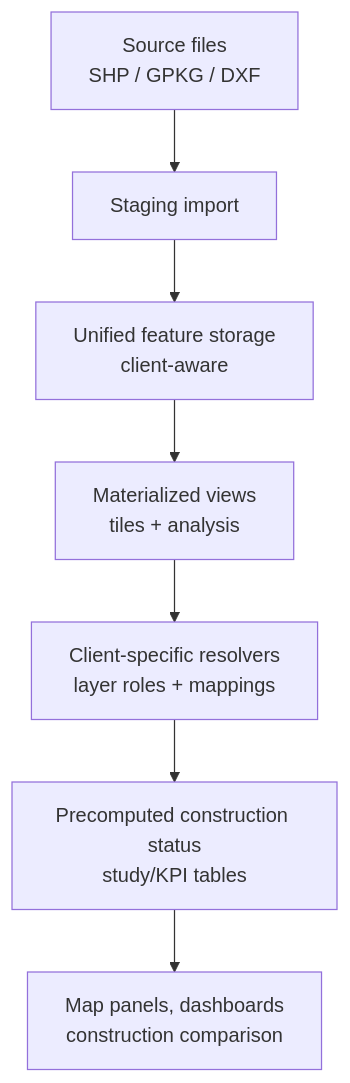
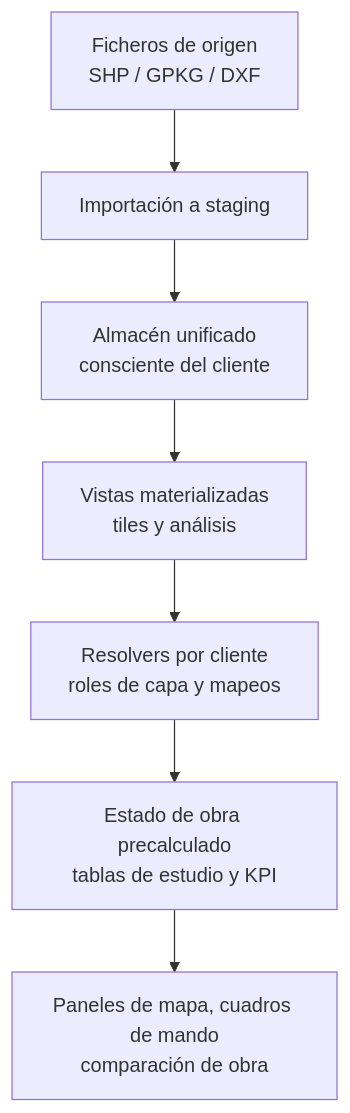
One commit to rabiiie/rsamadi-portfolio changed the third of 5 diagrams in diagrams/appfibra-platform.md. Above: the diagram before and after it, drawn with Mermaid. The commit also changed other lines of this file and 8 other files, not shown here.

````diff
--- a/diagrams/appfibra-platform.md
+++ b/diagrams/appfibra-platform.md
@@ -47,9 +47,9 @@
 ```mermaid
 flowchart TB
-    Files["Source files<br/>SHP / GPKG / DXF"] --> Staging["Staging import"]
-    Staging --> Unified["Unified feature storage<br/>client-aware"]
-    Unified --> MVs["Materialized views<br/>tiles + analysis"]
-    MVs --> Resolver["Client-specific resolvers<br/>layer roles + mappings"]
-    Resolver --> Study["Precomputed construction status<br/>study/KPI tables"]
-    Study --> Frontend["Map panels, dashboards<br/>construction comparison"]
+    Files["Ficheros de origen<br/>SHP / GPKG / DXF"] --> Staging["Importación a staging"]
+    Staging --> Unified["Almacén unificado<br/>consciente del cliente"]
+    Unified --> MVs["Vistas materializadas<br/>tiles y análisis"]
+    MVs --> Resolver["Resolvers por cliente<br/>roles de capa y mapeos"]
+    Resolver --> Study["Estado de obra precalculado<br/>tablas de estudio y KPI"]
+    Study --> Frontend["Paneles de mapa, cuadros de mando<br/>comparación de obra"]
 ```
````
